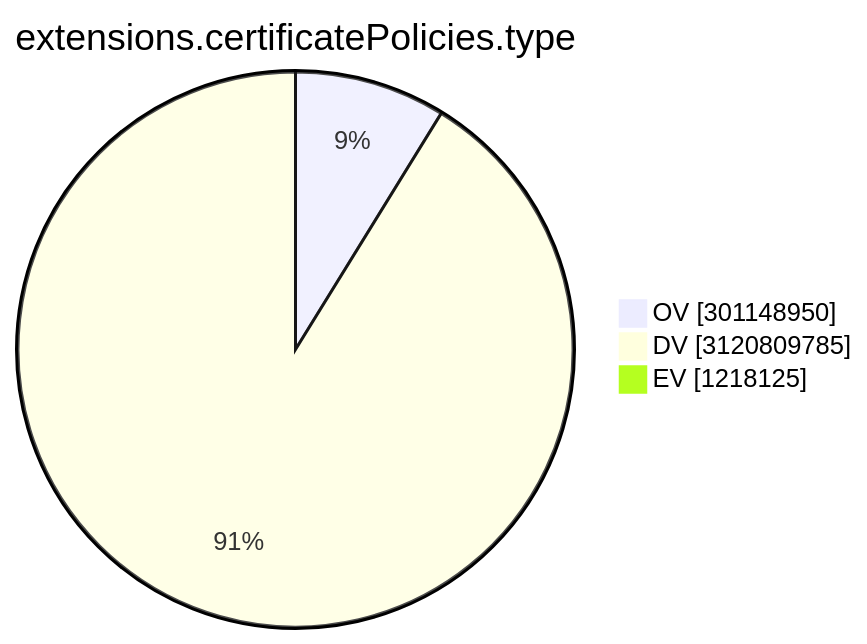
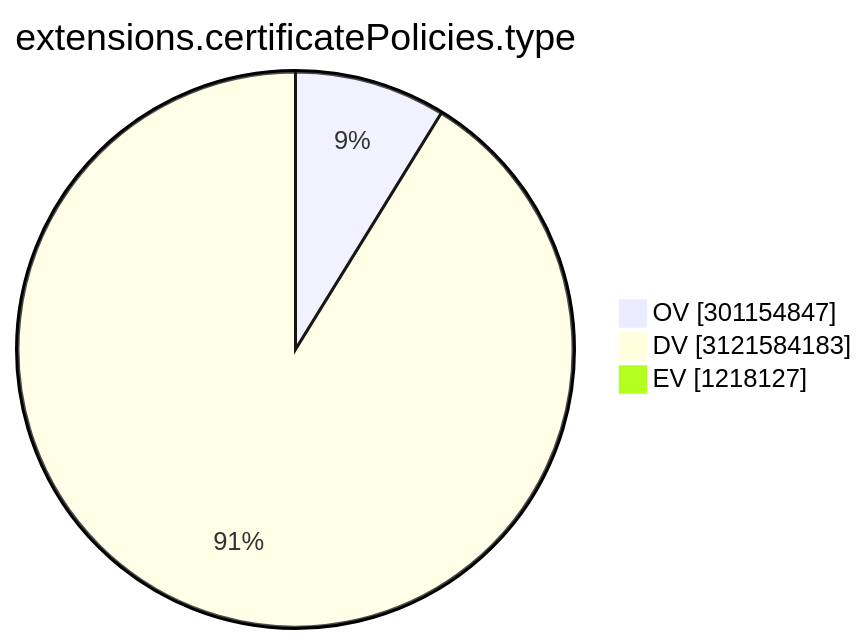
One commit to christiankrug/ctmonitor_visualization changed the ninth of 15 diagrams in TOTAL/README.md. Above: the diagram before and after it, drawn with Mermaid. The commit also changed other lines of this file, not shown here.

````diff
--- a/TOTAL/README.md
+++ b/TOTAL/README.md
@@ -3104,7 +3104,7 @@
 ```mermaid
 pie showData
 title extensions.certificatePolicies.type
-"OV" :301148950
-"DV" :3120809785
-"EV" :1218125
+"OV" :301154847
+"DV" :3121584183
+"EV" :1218127
 ```
````
